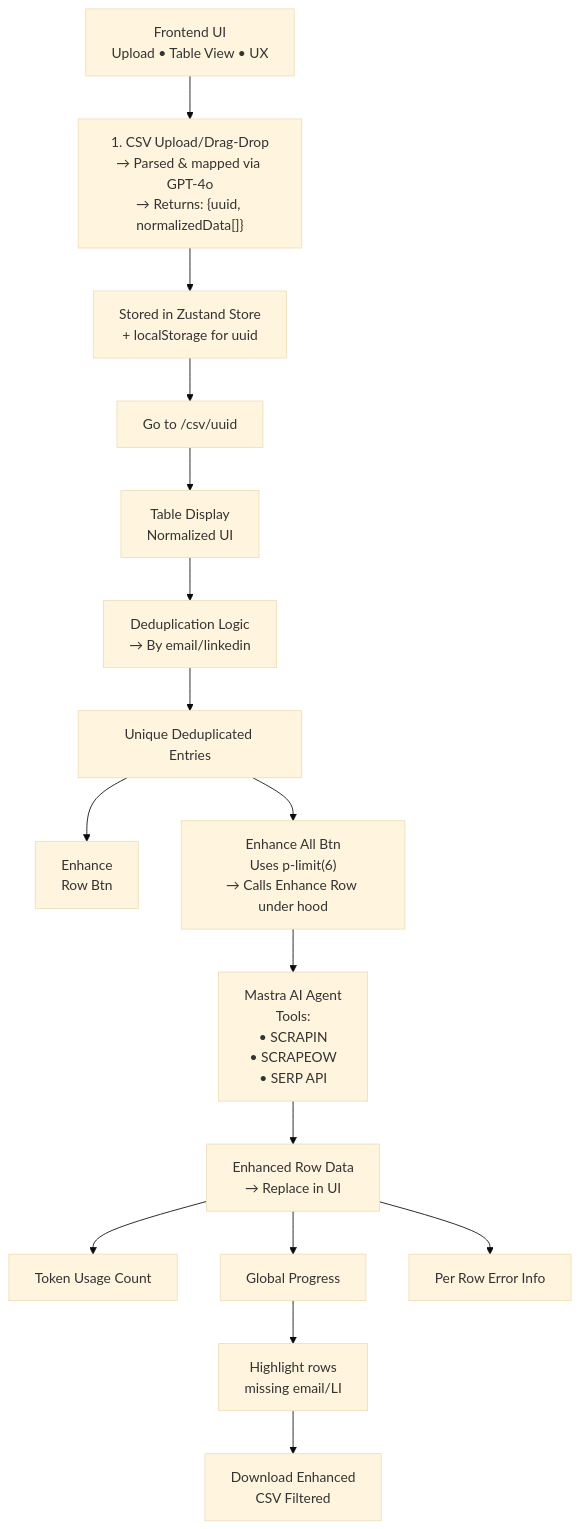
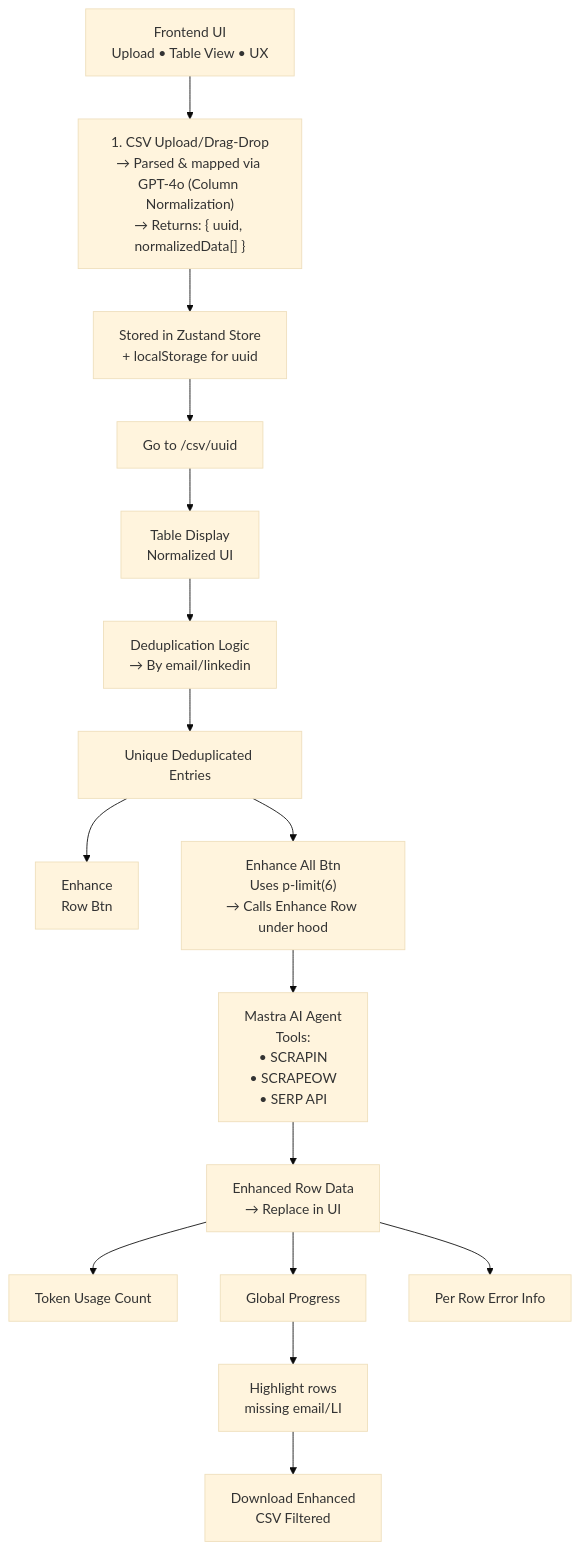
Before and after one commit to dibkb/roger-assignment: the diagram in README.md, drawn with Mermaid (base theme).

Commit message:
system design update

````diff
--- a/README.md
+++ b/README.md
@@ -67,18 +67,18 @@
 ```mermaid
 graph TD
-    A["Frontend UI<br/>Upload • Table View • UX"] --> B["1. CSV Upload/Drag-Drop<br/>→ Parsed & mapped via GPT-4o<br/>→ Returns: {uuid, normalizedData[]}"]
+    A["Frontend UI<br/>Upload • Table View • UX"] --> B["1. CSV Upload/Drag-Drop<br/>→ Parsed & mapped via GPT-4o (Column Normalization)<br/>→ Returns: { uuid, normalizedData[] }"]
     B --> C["Stored in Zustand Store<br/>+ localStorage for uuid"]
     C --> D["Go to /csv/uuid"]
     D --> E["Table Display<br/>Normalized UI"]
     E --> F["Deduplication Logic<br/>→ By email/linkedin"]
     F --> G["Unique Deduplicated Entries"]
     G --> H["Enhance<br/>Row Btn"]
     G --> I["Enhance All Btn<br/>Uses p-limit(6)<br/>→ Calls Enhance Row under hood"]
     I --> J["Mastra AI Agent<br/>Tools:<br/>• SCRAPIN<br/>• SCRAPEOW<br/>• SERP API"]
     J --> K["Enhanced Row Data<br/>→ Replace in UI"]
     K --> L["Token Usage Count"]
     K --> M["Global Progress"]
     K --> N["Per Row Error Info"]
     M --> O["Highlight rows<br/>missing email/LI"]
     O --> P["Download Enhanced<br/>CSV Filtered"]
 ```
````
